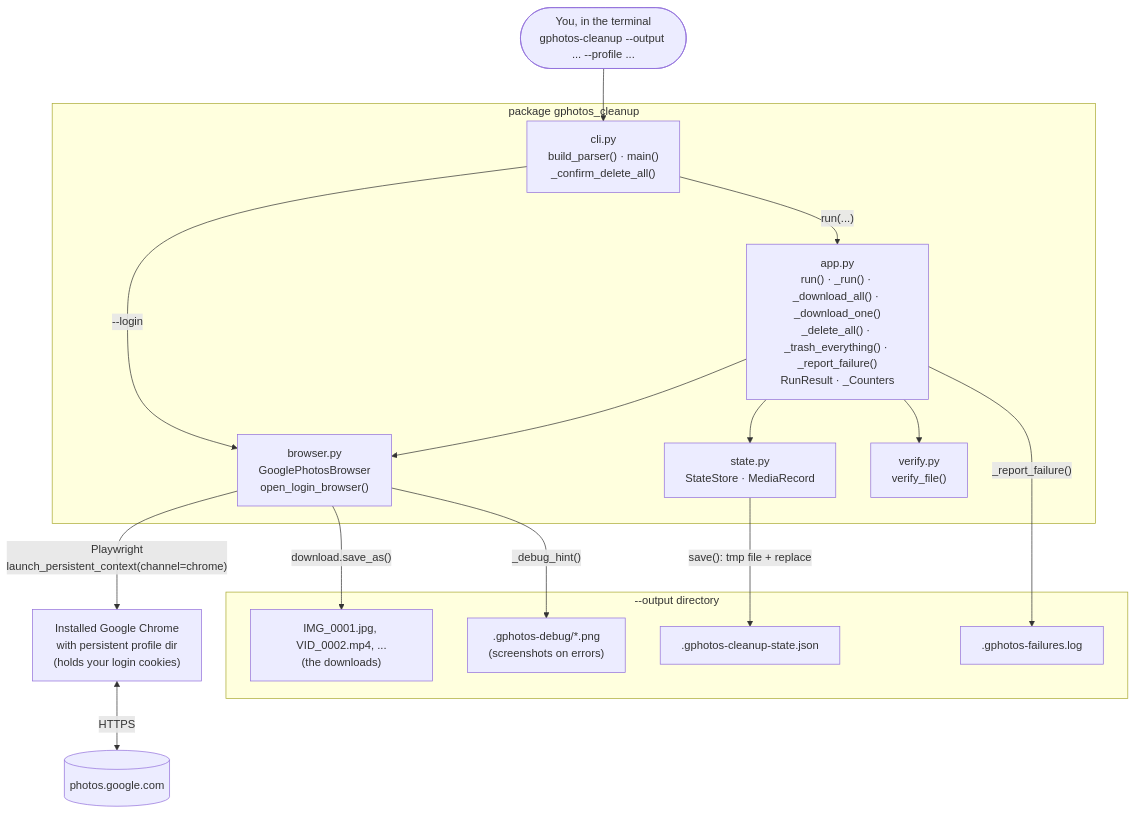
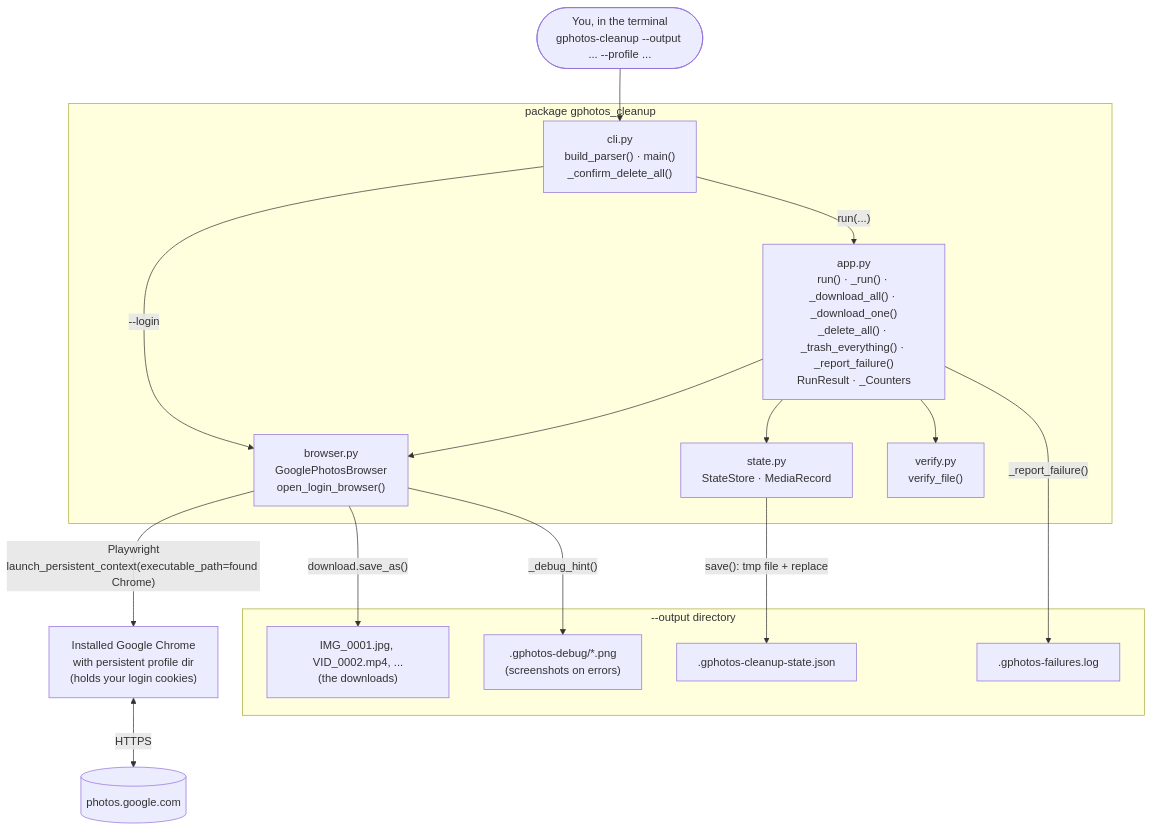
One commit to brighk/google-photos-cleanup changed the fifth of 16 diagrams in docs/diagrams.md. Above: the diagram before and after it, drawn with Mermaid. The commit also changed 5 other files, not shown here.

````diff
--- a/docs/diagrams.md
+++ b/docs/diagrams.md
@@ -71,34 +71,34 @@
 ```mermaid
 flowchart TB
     user(["You, in the terminal<br/>gphotos-cleanup --output ... --profile ..."])
 
     subgraph pkg["package gphotos_cleanup"]
         cli["cli.py<br/>build_parser() · main()<br/>_confirm_delete_all()"]
         app["app.py<br/>run() · _run() · _download_all() · _download_one()<br/>_delete_all() · _trash_everything() · _report_failure()<br/>RunResult · _Counters"]
         browser["browser.py<br/>GooglePhotosBrowser<br/>open_login_browser()"]
         state["state.py<br/>StateStore · MediaRecord"]
         verify["verify.py<br/>verify_file()"]
     end
 
     user --> cli
     cli -->|"--login"| browser
     cli -->|"run(...)"| app
     app --> browser
     app --> state
     app --> verify
 
-    browser -->|"Playwright<br/>launch_persistent_context(channel=chrome)"| chrome["Installed Google Chrome<br/>with persistent profile dir<br/>(holds your login cookies)"]
+    browser -->|"Playwright<br/>launch_persistent_context(executable_path=found Chrome)"| chrome["Installed Google Chrome<br/>with persistent profile dir<br/>(holds your login cookies)"]
     chrome <-->|"HTTPS"| gp[("photos.google.com")]
 
     subgraph out["--output directory"]
         media["IMG_0001.jpg, VID_0002.mp4, ...<br/>(the downloads)"]
         sj[".gphotos-cleanup-state.json"]
         fl[".gphotos-failures.log"]
         dbg[".gphotos-debug/*.png<br/>(screenshots on errors)"]
     end
 
     browser -->|"download.save_as()"| media
     browser -->|"_debug_hint()"| dbg
     state -->|"save(): tmp file + replace"| sj
     app -->|"_report_failure()"| fl
 ```
````
